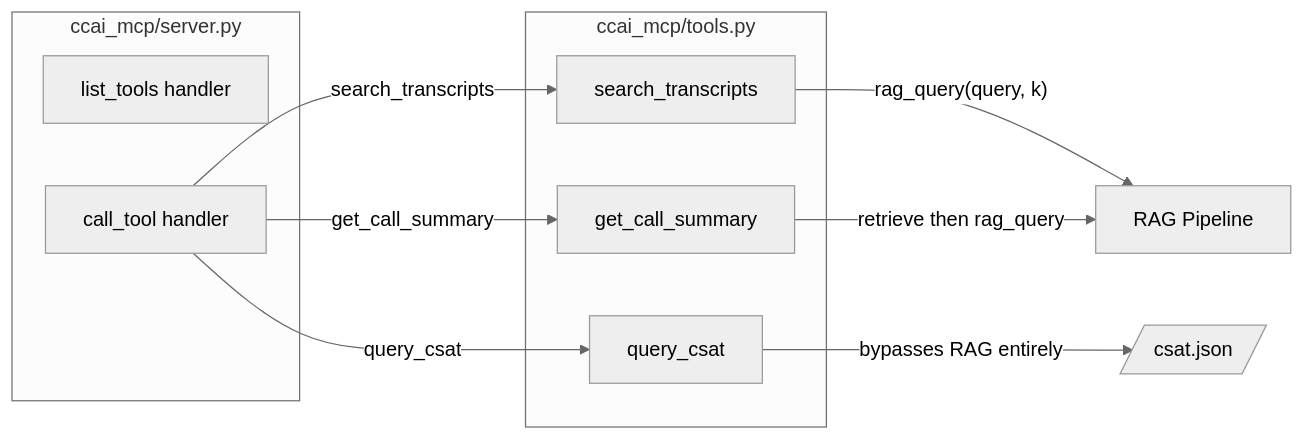
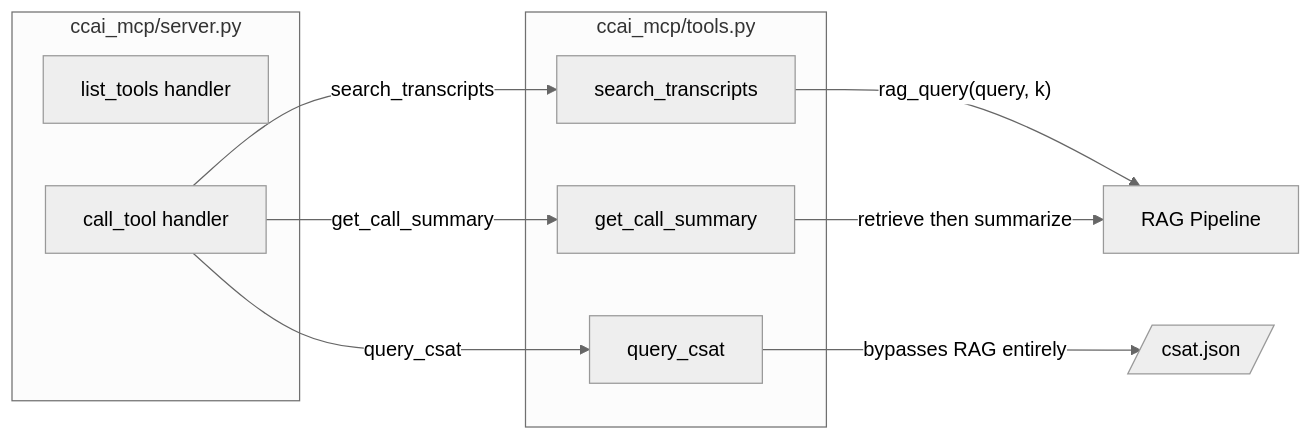
One commit to HendoCode/contact-center-ai changed the third of 5 diagrams in blogs/01-the-blueprint/index.md. Above: the diagram before and after it, drawn with Mermaid (neutral theme). The commit also changed other lines of this file and 7 other files, not shown here.

````diff
--- a/blogs/01-the-blueprint/index.md
+++ b/blogs/01-the-blueprint/index.md
@@ -123,23 +126,23 @@
 ```mermaid
 flowchart LR
     subgraph server ["ccai_mcp/server.py"]
         listTools["list_tools handler"]
         callTool["call_tool handler"]
     end
 
     subgraph tools ["ccai_mcp/tools.py"]
         searchTool["search_transcripts"]
         summaryTool["get_call_summary"]
         csatTool["query_csat"]
     end
 
     ragPipeline["RAG Pipeline"]
     dataFiles[/"csat.json"/]
 
     callTool -->|"search_transcripts"| searchTool
     callTool -->|"get_call_summary"| summaryTool
     callTool -->|"query_csat"| csatTool
     searchTool -->|"rag_query(query, k)"| ragPipeline
-    summaryTool -->|"retrieve then rag_query"| ragPipeline
+    summaryTool -->|"retrieve then summarize"| ragPipeline
     csatTool -->|"bypasses RAG entirely"| dataFiles
 ```
````
